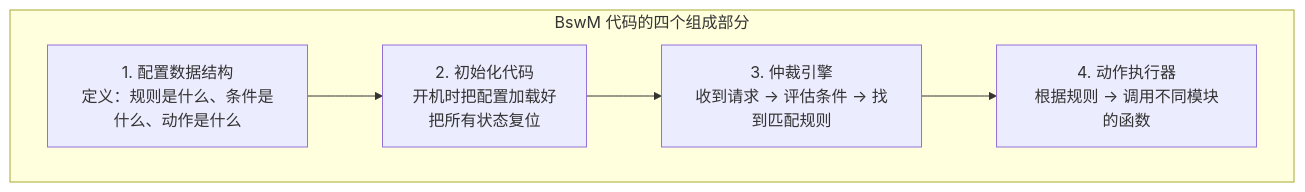
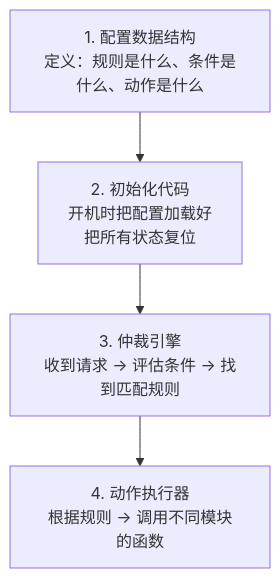
The seventh of 7 diagrams in Embedded & AUTOSAR/AutoSAR/BSW (Basic Software Modules)/BswM/BswM_代码通俗解读.md (Li-Altman/ObsidianPKR), drawn with Mermaid before and after one commit. The commit also changed other lines of this file and 6 other files, not shown here.

````diff
--- a/Embedded & AUTOSAR/AutoSAR/BSW (Basic Software Modules)/BswM/BswM_代码通俗解读.md
+++ b/Embedded & AUTOSAR/AutoSAR/BSW (Basic Software Modules)/BswM/BswM_代码通俗解读.md
@@ -721,13 +1332,12 @@
 ```mermaid
 graph TB
-    subgraph "BswM 代码的四个组成部分"
-        CONF["1. 配置数据结构<br/>定义：规则是什么、条件是什么、动作是什么"]
-        INIT["2. 初始化代码<br/>开机时把配置加载好<br/>把所有状态复位"]
-        ARB["3. 仲裁引擎<br/>收到请求 → 评估条件 → 找到匹配规则"]
-        EXEC["4. 动作执行器<br/>根据规则 → 调用不同模块的函数"]
-    end
+    %% BswM 代码的四个组成部分
+    CONF["1. 配置数据结构<br/>定义：规则是什么、条件是什么、动作是什么"]
+    INIT["2. 初始化代码<br/>开机时把配置加载好<br/>把所有状态复位"]
+    ARB["3. 仲裁引擎<br/>收到请求 → 评估条件 → 找到匹配规则"]
+    EXEC["4. 动作执行器<br/>根据规则 → 调用不同模块的函数"]
 
     CONF --> INIT
     INIT --> ARB
     ARB --> EXEC
 ```
````
